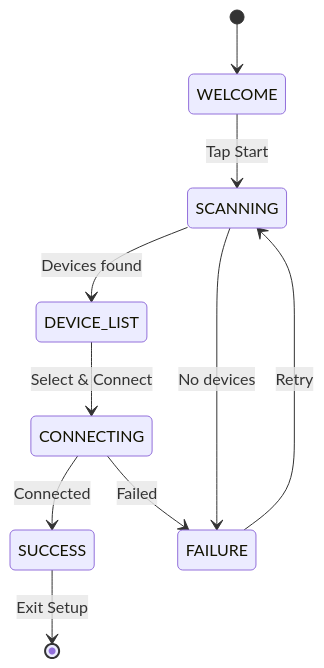
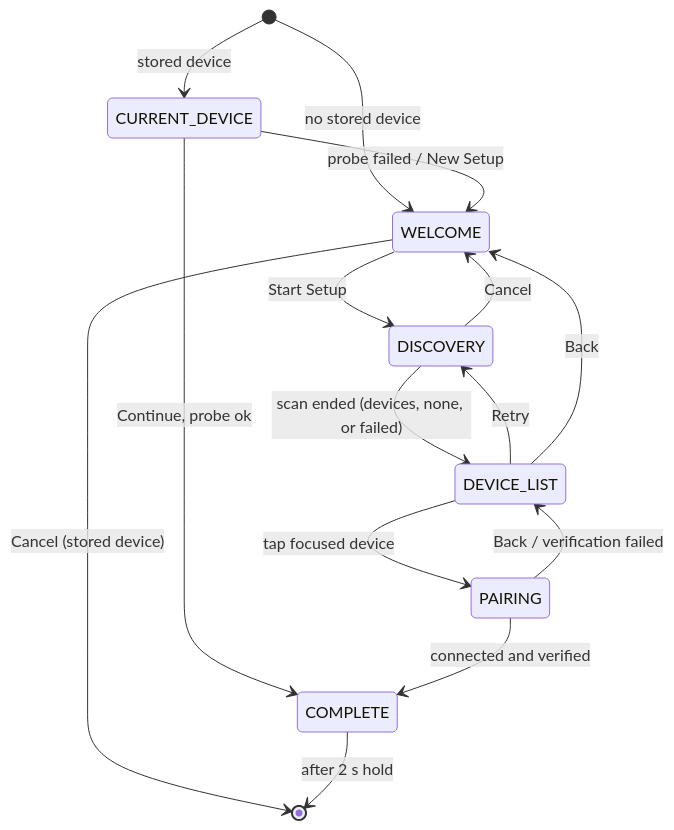
Before and after one commit to William12556/GTach: the diagram in ai/workspace/design/design-a3b4c5d6-component_display_setup_manager.md, drawn with Mermaid. The commit also changed other lines of this file and 20 other files, not shown here.

````diff
--- a/ai/workspace/design/design-a3b4c5d6-component_display_setup_manager.md
+++ b/ai/workspace/design/design-a3b4c5d6-component_display_setup_manager.md
@@ -305,18 +191,23 @@
 ```mermaid
 stateDiagram-v2
-    [*] --> WELCOME
-    
-    WELCOME --> SCANNING: Tap Start
-    
-    SCANNING --> DEVICE_LIST: Devices found
-    SCANNING --> FAILURE: No devices
-    
-    DEVICE_LIST --> CONNECTING: Select & Connect
-    
-    CONNECTING --> SUCCESS: Connected
-    CONNECTING --> FAILURE: Failed
-    
-    FAILURE --> SCANNING: Retry
-    
-    SUCCESS --> [*]: Exit Setup
+    [*] --> CURRENT_DEVICE: stored device
+    [*] --> WELCOME: no stored device
+
+    CURRENT_DEVICE --> COMPLETE: Continue, probe ok
+    CURRENT_DEVICE --> WELCOME: probe failed / New Setup
+
+    WELCOME --> DISCOVERY: Start Setup
+    WELCOME --> [*]: Cancel (stored device)
+
+    DISCOVERY --> DEVICE_LIST: scan ended (devices, none, or failed)
+    DISCOVERY --> WELCOME: Cancel
+
+    DEVICE_LIST --> PAIRING: tap focused device
+    DEVICE_LIST --> DISCOVERY: Retry
+    DEVICE_LIST --> WELCOME: Back
+
+    PAIRING --> COMPLETE: connected and verified
+    PAIRING --> DEVICE_LIST: Back / verification failed
+
+    COMPLETE --> [*]: after 2 s hold
 ```
````
